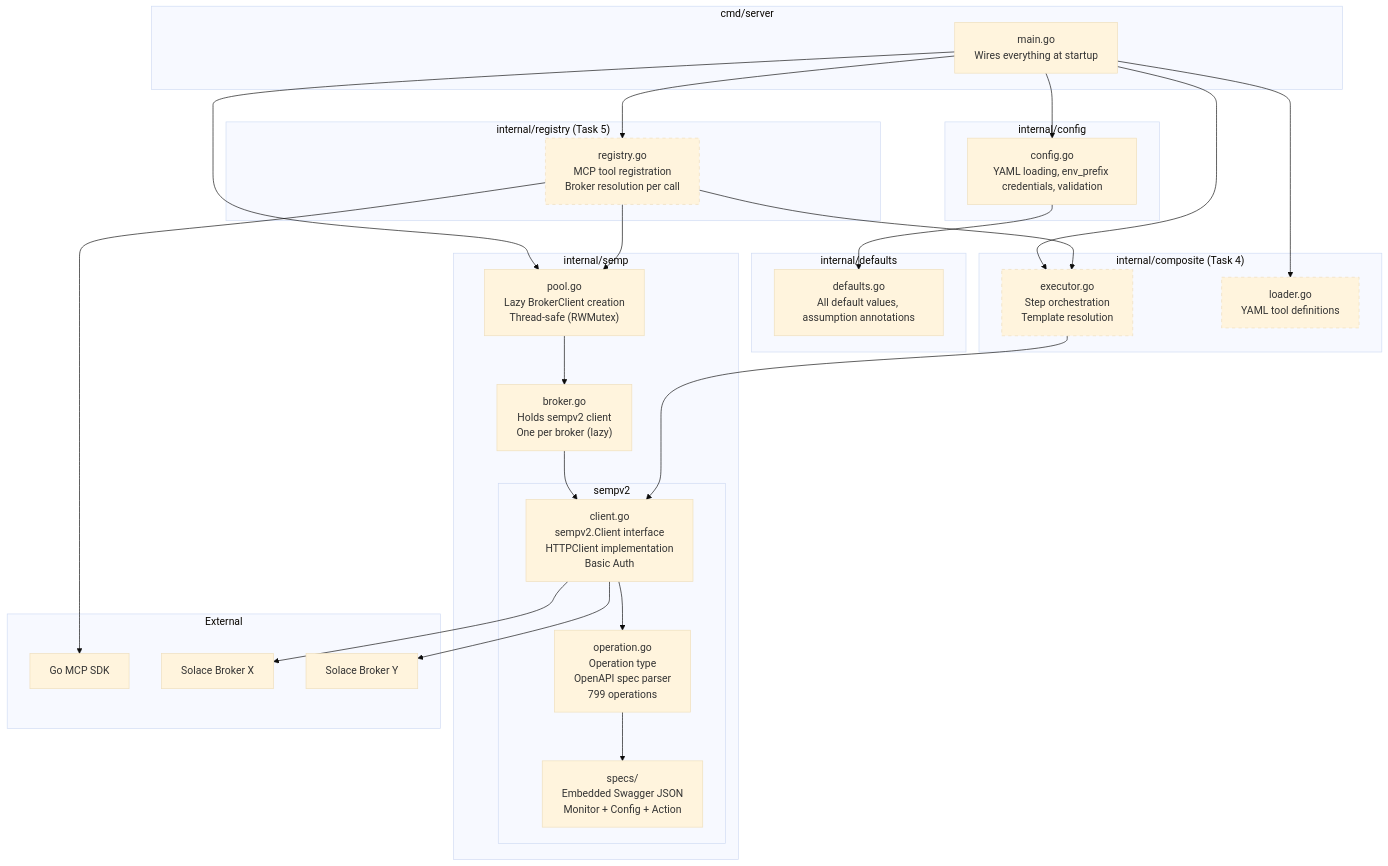
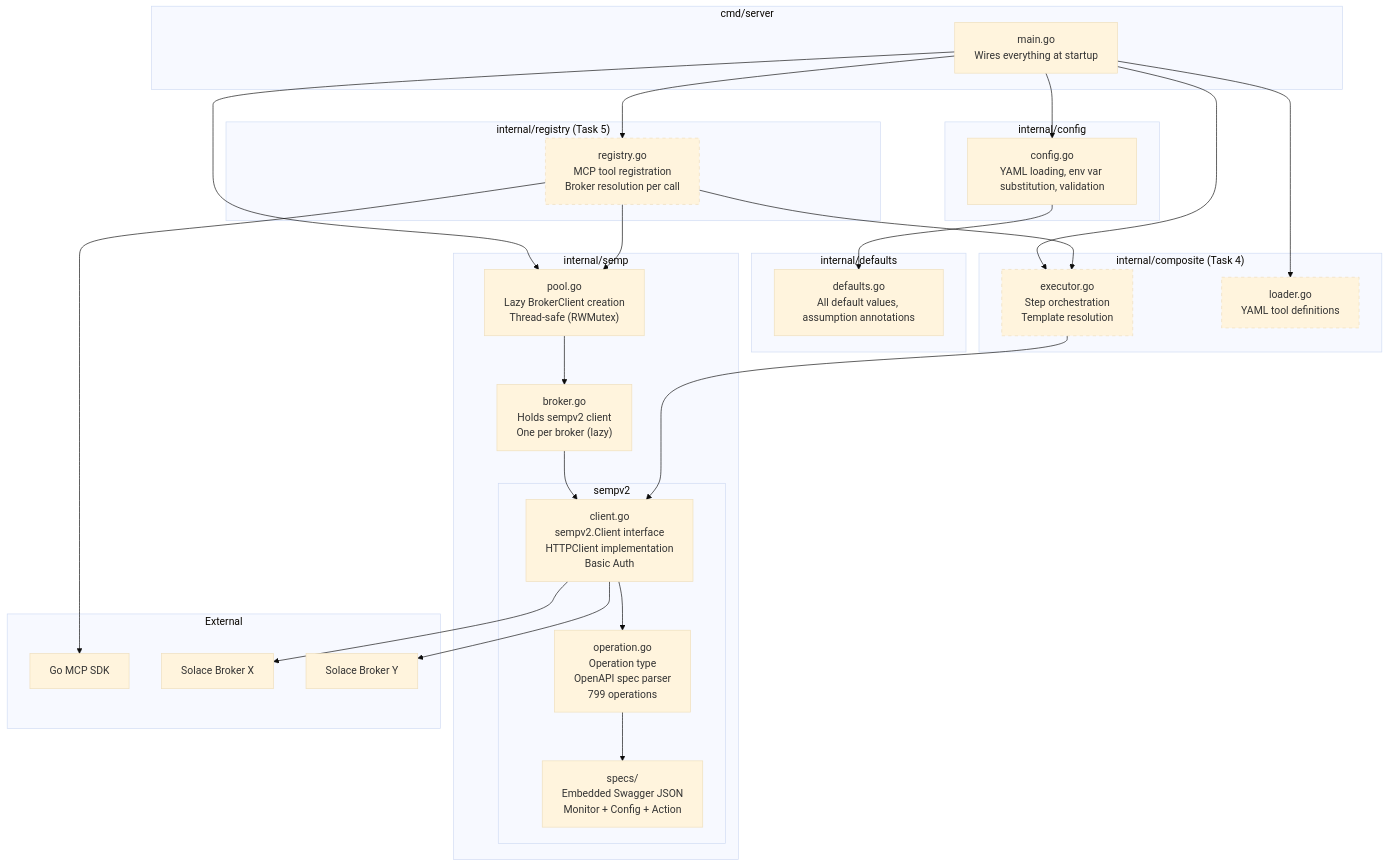
The first of 4 diagrams in docs/architecture.md (SolaceProducts/solace-broker-mcp), drawn with Mermaid (base theme) before and after one commit. The commit also changed other lines of this file and 4 other files, not shown here.

Commit message:
SOL-148421: Remove references to deprecated EnvPrefix field

````diff
--- a/docs/architecture.md
+++ b/docs/architecture.md
@@ -49,61 +49,61 @@
 ```mermaid
 graph TB
     subgraph "cmd/server"
         MAIN["main.go<br/>Wires everything at startup"]
     end
 
     subgraph "internal/config"
-        CONFIG["config.go<br/>YAML loading, env_prefix credentials, validation"]
+        CONFIG["config.go<br/>YAML loading, env var substitution, validation"]
     end
 
     subgraph "internal/defaults"
         DEFAULTS["defaults.go<br/>All default values, assumption annotations"]
     end
 
     subgraph "internal/semp"
         POOL["pool.go<br/>Lazy BrokerClient creation<br/>Thread-safe (RWMutex)"]
         BROKER["broker.go<br/>Holds sempv2 client<br/>One per broker (lazy)"]
 
         subgraph "sempv2"
             CLIENT["client.go<br/>sempv2.Client interface<br/>HTTPClient implementation<br/>Basic Auth"]
             OPERATION["operation.go<br/>Operation type<br/>OpenAPI spec parser<br/>799 operations"]
             SPECS["specs/<br/>Embedded Swagger JSON<br/>Monitor + Config + Action"]
         end
     end
 
     subgraph "internal/composite (Task 4)"
         EXECUTOR["executor.go<br/>Step orchestration<br/>Template resolution"]
         LOADER["loader.go<br/>YAML tool definitions"]
     end
 
     subgraph "internal/registry (Task 5)"
         REGISTRY["registry.go<br/>MCP tool registration<br/>Broker resolution per call"]
     end
 
     subgraph "External"
         MCP_SDK["Go MCP SDK"]
         BROKER_X["Solace Broker X"]
         BROKER_Y["Solace Broker Y"]
     end
 
     MAIN --> CONFIG
     MAIN --> POOL
     MAIN --> LOADER
     MAIN --> EXECUTOR
     MAIN --> REGISTRY
     CONFIG --> DEFAULTS
     POOL --> BROKER
     BROKER --> CLIENT
     CLIENT --> OPERATION
     OPERATION --> SPECS
     REGISTRY --> MCP_SDK
     REGISTRY --> POOL
     REGISTRY --> EXECUTOR
     EXECUTOR --> CLIENT
     CLIENT --> BROKER_X
     CLIENT --> BROKER_Y
 
     style EXECUTOR stroke-dasharray: 5 5
     style LOADER stroke-dasharray: 5 5
     style REGISTRY stroke-dasharray: 5 5
 ```
````
